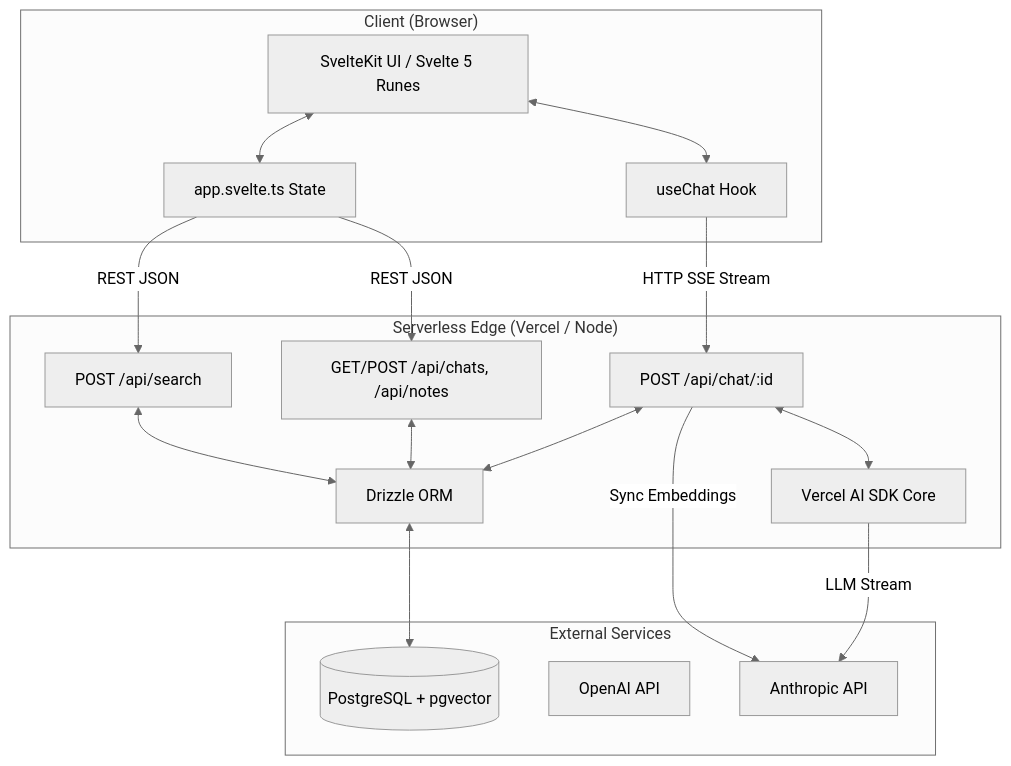
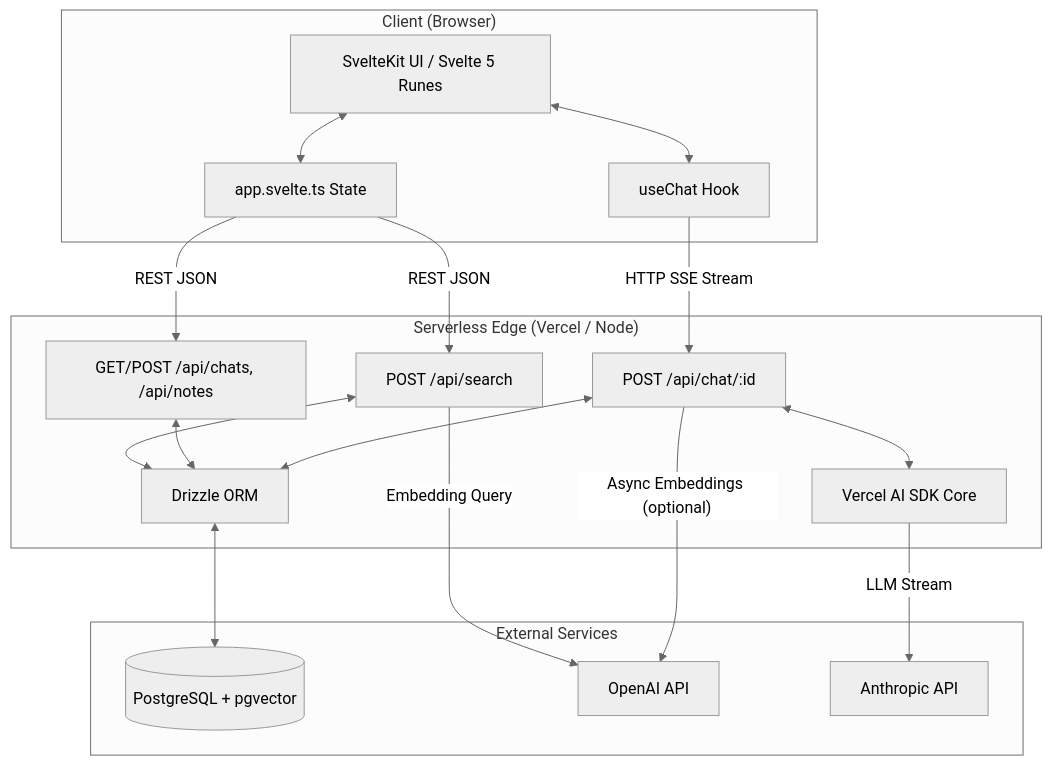
Before and after one commit to m1981/mychat-svelte: the second of 3 diagrams in doc/02-domain-and-architecture.md, drawn with Mermaid (neutral theme). The commit also changed other lines of this file and 4 other files, not shown here.

````diff
--- a/doc/02-domain-and-architecture.md
+++ b/doc/02-domain-and-architecture.md
@@ -107,39 +107,40 @@
 ```mermaid
 graph TD
     subgraph "Client (Browser)"
         UI[SvelteKit UI / Svelte 5 Runes]
         State[app.svelte.ts State]
         AI_Hook[useChat Hook]
         
         UI <--> State
         UI <--> AI_Hook
     end
 
     subgraph "Serverless Edge (Vercel / Node)"
         API_Chat[POST /api/chat/:id]
         API_CRUD[GET/POST /api/chats, /api/notes]
         API_Search[POST /api/search]
         
         AI_SDK[Vercel AI SDK Core]
         Drizzle[Drizzle ORM]
         
         API_Chat <--> AI_SDK
         API_Chat <--> Drizzle
         API_CRUD <--> Drizzle
         API_Search <--> Drizzle
     end
 
     subgraph "External Services"
         DB[(PostgreSQL + pgvector)]
         OpenAI[OpenAI API]
         Anthropic[Anthropic API]
     end
 
     AI_Hook -- "HTTP SSE Stream" --> API_Chat
     State -- "REST JSON" --> API_CRUD
     State -- "REST JSON" --> API_Search
     
     Drizzle <--> DB
     AI_SDK -- "LLM Stream" --> Anthropic
-    API_Chat -- "Sync Embeddings" --> Anthropic
+    API_Chat -- "Async Embeddings (optional)" --> OpenAI
+    API_Search -- "Embedding Query" --> OpenAI
 ```
````
